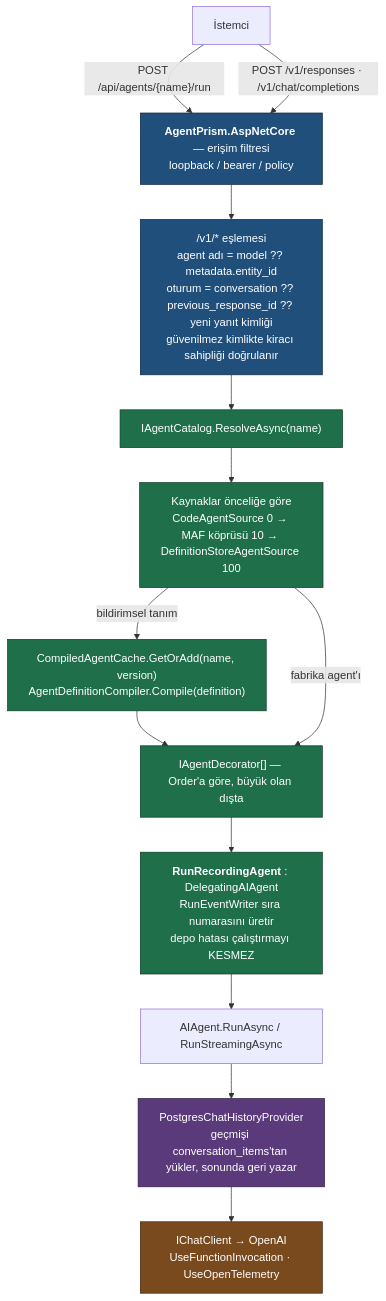
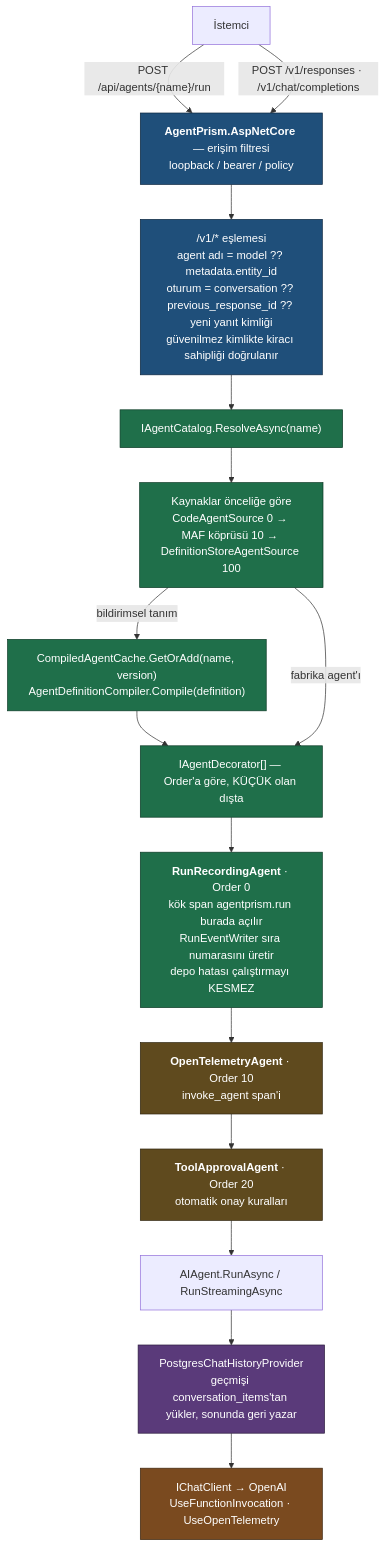
The fourth of 9 diagrams in docs/MIMARI.md (farukatasoy/Tracon), drawn with Mermaid before and after one commit. The commit also changed other lines of this file and 104 other files, not shown here.

````diff
--- a/docs/MIMARI.md
+++ b/docs/MIMARI.md
@@ -478,31 +567,35 @@
 ```mermaid
 flowchart TD
     C["İstemci"]
     H["<b>AgentPrism.AspNetCore</b> — erişim filtresi<br/>loopback / bearer / policy"]
     V1["/v1/* eşlemesi<br/>agent adı = model ?? metadata.entity_id<br/>oturum = conversation ?? previous_response_id ?? yeni yanıt kimliği<br/>güvenilmez kimlikte kiracı sahipliği doğrulanır"]
     R["IAgentCatalog.ResolveAsync(name)"]
     SRC["Kaynaklar önceliğe göre<br/>CodeAgentSource 0 → MAF köprüsü 10 → DefinitionStoreAgentSource 100"]
     COMP["CompiledAgentCache.GetOrAdd(name, version)<br/>AgentDefinitionCompiler.Compile(definition)"]
-    DEC["IAgentDecorator[] — Order'a göre, büyük olan dışta"]
-    REC["<b>RunRecordingAgent</b> : DelegatingAIAgent<br/>RunEventWriter sıra numarasını üretir<br/>depo hatası çalıştırmayı KESMEZ"]
+    DEC["IAgentDecorator[] — Order'a göre, KÜÇÜK olan dışta"]
+    REC["<b>RunRecordingAgent</b> · Order 0<br/>kök span agentprism.run burada açılır<br/>RunEventWriter sıra numarasını üretir<br/>depo hatası çalıştırmayı KESMEZ"]
+    OTEL["<b>OpenTelemetryAgent</b> · Order 10<br/>invoke_agent span'i"]
+    APR["<b>ToolApprovalAgent</b> · Order 20<br/>otomatik onay kuralları"]
     RUN["AIAgent.RunAsync / RunStreamingAsync"]
     CHP["PostgresChatHistoryProvider<br/>geçmişi conversation_items'tan yükler, sonunda geri yazar"]
     LLM["IChatClient → OpenAI<br/>UseFunctionInvocation · UseOpenTelemetry"]
 
     C -->|"POST /api/agents/{name}/run"| H
     C -->|"POST /v1/responses · /v1/chat/completions"| H
     H --> V1 --> R --> SRC
     SRC -->|"bildirimsel tanım"| COMP --> DEC
     SRC -->|"fabrika agent'ı"| DEC
-    DEC --> REC --> RUN
+    DEC --> REC --> OTEL --> APR --> RUN
     RUN --> CHP --> LLM
 
     classDef faz4 fill:#1f4f7a,stroke:#0d2740,color:#ffffff
     classDef faz1 fill:#1f6f4a,stroke:#0d3b27,color:#ffffff
     classDef faz2 fill:#5a3a7a,stroke:#2c1c3d,color:#ffffff
     classDef faz3 fill:#7a4a1f,stroke:#3d250f,color:#ffffff
     class H,V1 faz4
+    classDef faz6 fill:#5f4a1e,stroke:#302510,color:#ffffff
     class R,SRC,COMP,DEC,REC faz1
     class CHP faz2
     class LLM faz3
+    class OTEL,APR faz6
 ```
````
